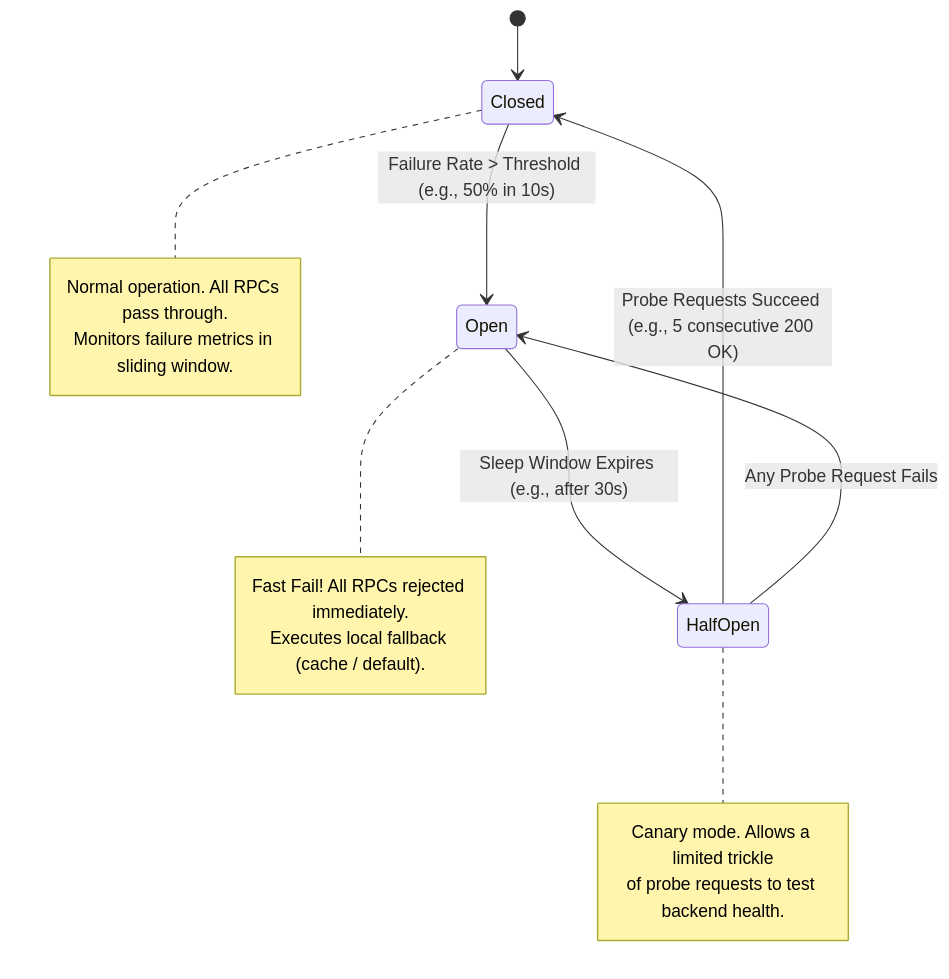
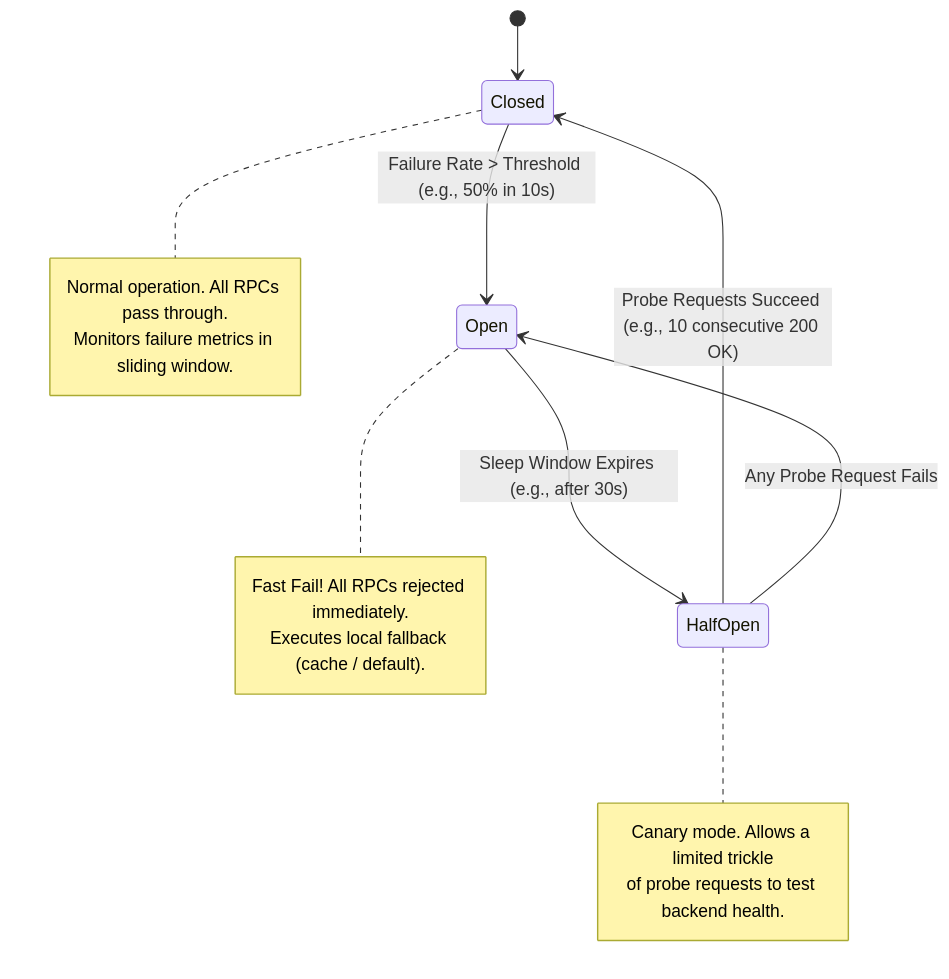
One commit to abhinnaagrawal/system-design-notes changed the second of 3 diagrams in Layer-Playbooks/12-Distributed-Failure-Modes-and-Resiliency.md. Above: the diagram before and after it, drawn with Mermaid. The commit also changed other lines of this file, not shown here.

````diff
--- a/Layer-Playbooks/12-Distributed-Failure-Modes-and-Resiliency.md
+++ b/Layer-Playbooks/12-Distributed-Failure-Modes-and-Resiliency.md
@@ -151,14 +155,14 @@
 ```mermaid
 stateDiagram-v2
     [*] --> Closed
     
     Closed --> Open: Failure Rate > Threshold (e.g., 50% in 10s)
     note right of Closed: Normal operation. All RPCs pass through.<br/>Monitors failure metrics in sliding window.
     
     Open --> HalfOpen: Sleep Window Expires (e.g., after 30s)
     note right of Open: Fast Fail! All RPCs rejected immediately.<br/>Executes local fallback (cache / default).
     
-    HalfOpen --> Closed: Probe Requests Succeed (e.g., 5 consecutive 200 OK)
+    HalfOpen --> Closed: Probe Requests Succeed (e.g., 10 consecutive 200 OK)
     HalfOpen --> Open: Any Probe Request Fails
     note right of HalfOpen: Canary mode. Allows a limited trickle<br/>of probe requests to test backend health.
 ```
````
